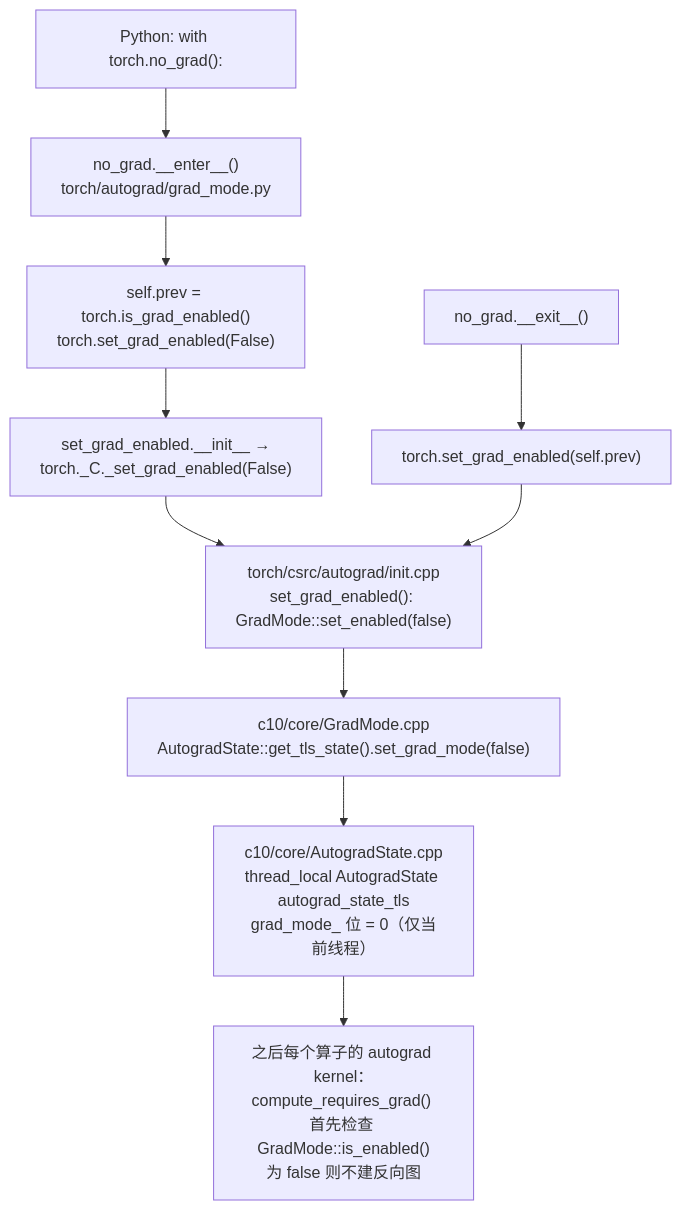
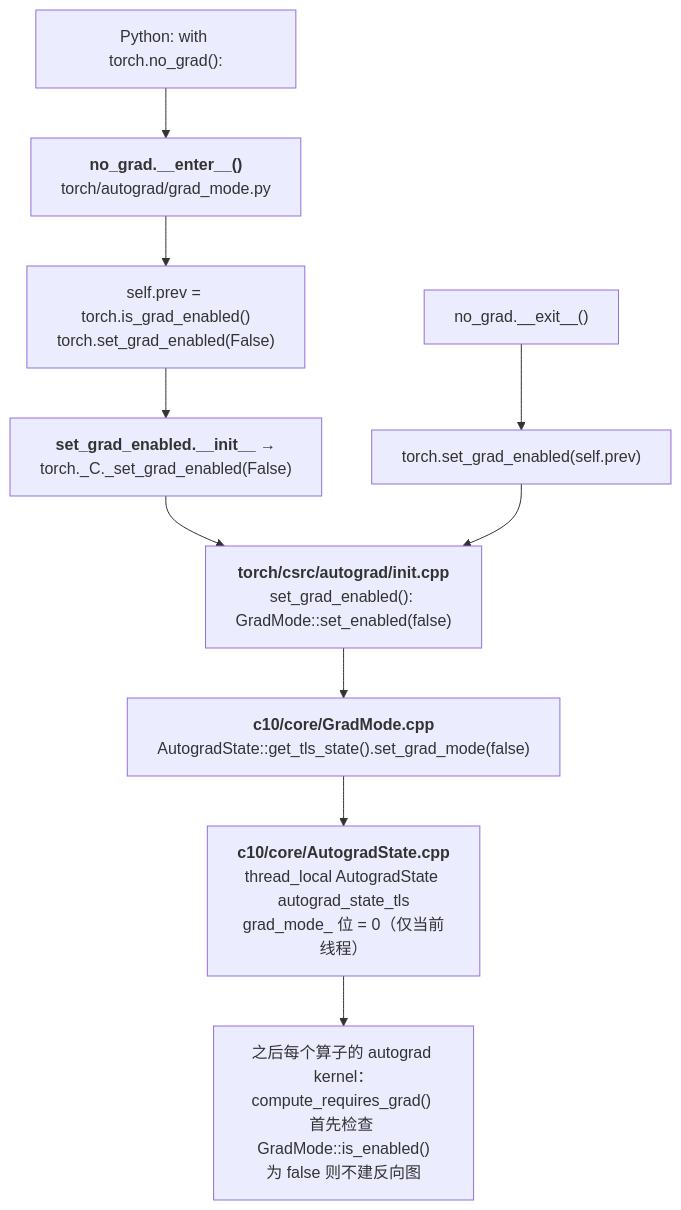
Before and after one commit to arganzheng/arganzheng.github.com: the third of 4 diagrams in _posts/2026-02-12-cpp-concurrency-memory-model-tls-and-guards.md, drawn with Mermaid. The commit also changed other lines of this file and 7 other files, not shown here.

First line of the commit message:
C++ 在 AI-Infra：从对象模型到算子扩展：Mermaid 多行方框的首行标为标题（8 篇）

````diff
--- a/_posts/2026-02-12-cpp-concurrency-memory-model-tls-and-guards.md
+++ b/_posts/2026-02-12-cpp-concurrency-memory-model-tls-and-guards.md
@@ -1383,12 +1383,12 @@
 ```mermaid
 %% 图：torch.no_grad() 从 Python 到 TLS：一路调到 thread_local 的 AutogradState
 flowchart TD
-    P1["Python: with torch.no_grad():"] --> P2["no_grad.__enter__()<br/>torch/autograd/grad_mode.py"]
+    P1["Python: with torch.no_grad():"] --> P2["<b>no_grad.__enter__()</b><br/>torch/autograd/grad_mode.py"]
     P2 --> P3["self.prev = torch.is_grad_enabled()<br/>torch.set_grad_enabled(False)"]
-    P3 --> P4["set_grad_enabled.__init__ →<br/>torch._C._set_grad_enabled(False)"]
-    P4 --> C1["torch/csrc/autograd/init.cpp<br/>set_grad_enabled(): GradMode::set_enabled(false)"]
-    C1 --> C2["c10/core/GradMode.cpp<br/>AutogradState::get_tls_state().set_grad_mode(false)"]
-    C2 --> C3["c10/core/AutogradState.cpp<br/>thread_local AutogradState autograd_state_tls<br/>grad_mode_ 位 = 0（仅当前线程）"]
+    P3 --> P4["<b>set_grad_enabled.__init__ →</b><br/>torch._C._set_grad_enabled(False)"]
+    P4 --> C1["<b>torch/csrc/autograd/init.cpp</b><br/>set_grad_enabled(): GradMode::set_enabled(false)"]
+    C1 --> C2["<b>c10/core/GradMode.cpp</b><br/>AutogradState::get_tls_state().set_grad_mode(false)"]
+    C2 --> C3["<b>c10/core/AutogradState.cpp</b><br/>thread_local AutogradState autograd_state_tls<br/>grad_mode_ 位 = 0（仅当前线程）"]
     C3 --> K["之后每个算子的 autograd kernel：<br/>compute_requires_grad() 首先检查 GradMode::is_enabled()<br/>为 false 则不建反向图"]
     P5["no_grad.__exit__()"] --> P6["torch.set_grad_enabled(self.prev)"] --> C1
 ```
````
